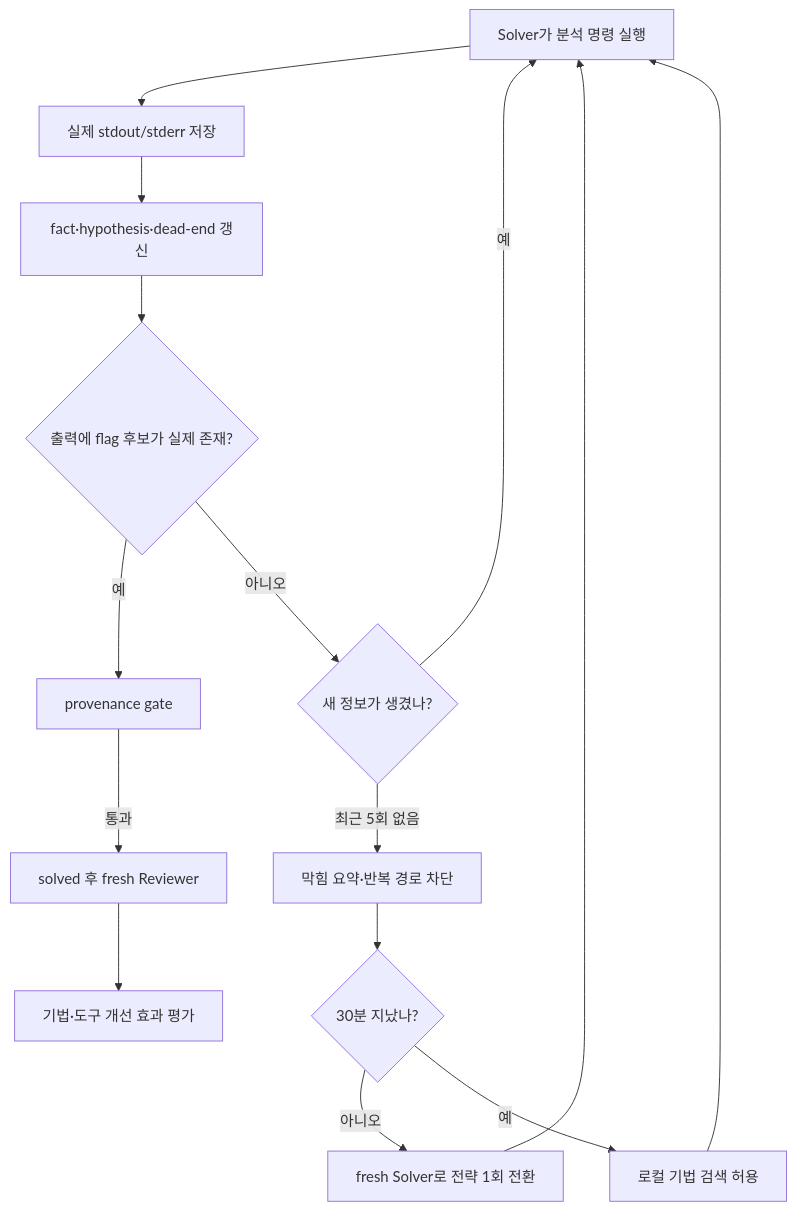
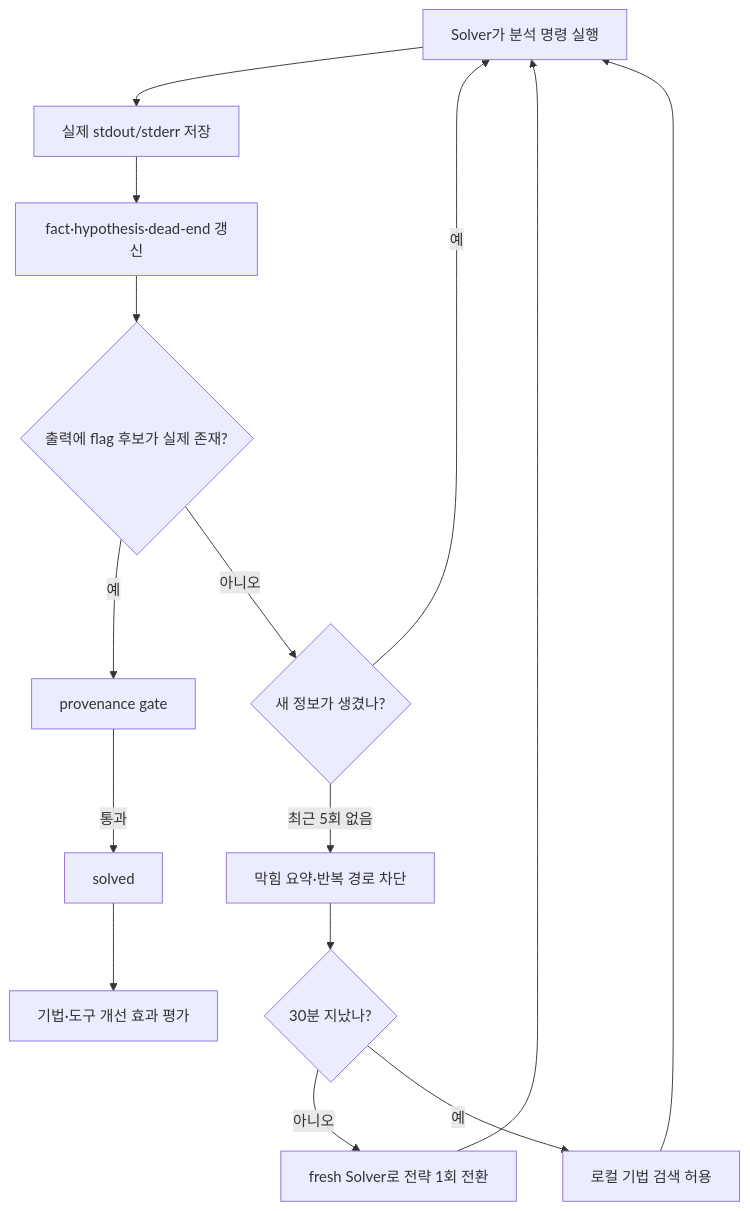
The diagram in doc/HARNESS_REVIEW.md (yt010108/Reverser), drawn with Mermaid before and after one commit. The commit also changed other lines of this file and 12 other files, not shown here.

Commit message:
Simplify harness state and reviewer flow

````diff
--- a/doc/HARNESS_REVIEW.md
+++ b/doc/HARNESS_REVIEW.md
@@ -348,17 +347,17 @@
 ```mermaid
 flowchart TD
     A[Solver가 분석 명령 실행] --> B[실제 stdout/stderr 저장]
     B --> C[fact·hypothesis·dead-end 갱신]
     C --> D{출력에 flag 후보가 실제 존재?}
     D -- 예 --> E[provenance gate]
-    E -- 통과 --> F[solved 후 fresh Reviewer]
+    E -- 통과 --> F[solved]
     D -- 아니오 --> G{새 정보가 생겼나?}
     G -- 예 --> A
     G -- 최근 5회 없음 --> H[막힘 요약·반복 경로 차단]
     H --> I{30분 지났나?}
     I -- 아니오 --> J[fresh Solver로 전략 1회 전환]
     I -- 예 --> K[로컬 기법 검색 허용]
     J --> A
     K --> A
     F --> L[기법·도구 개선 효과 평가]
 ```
````
